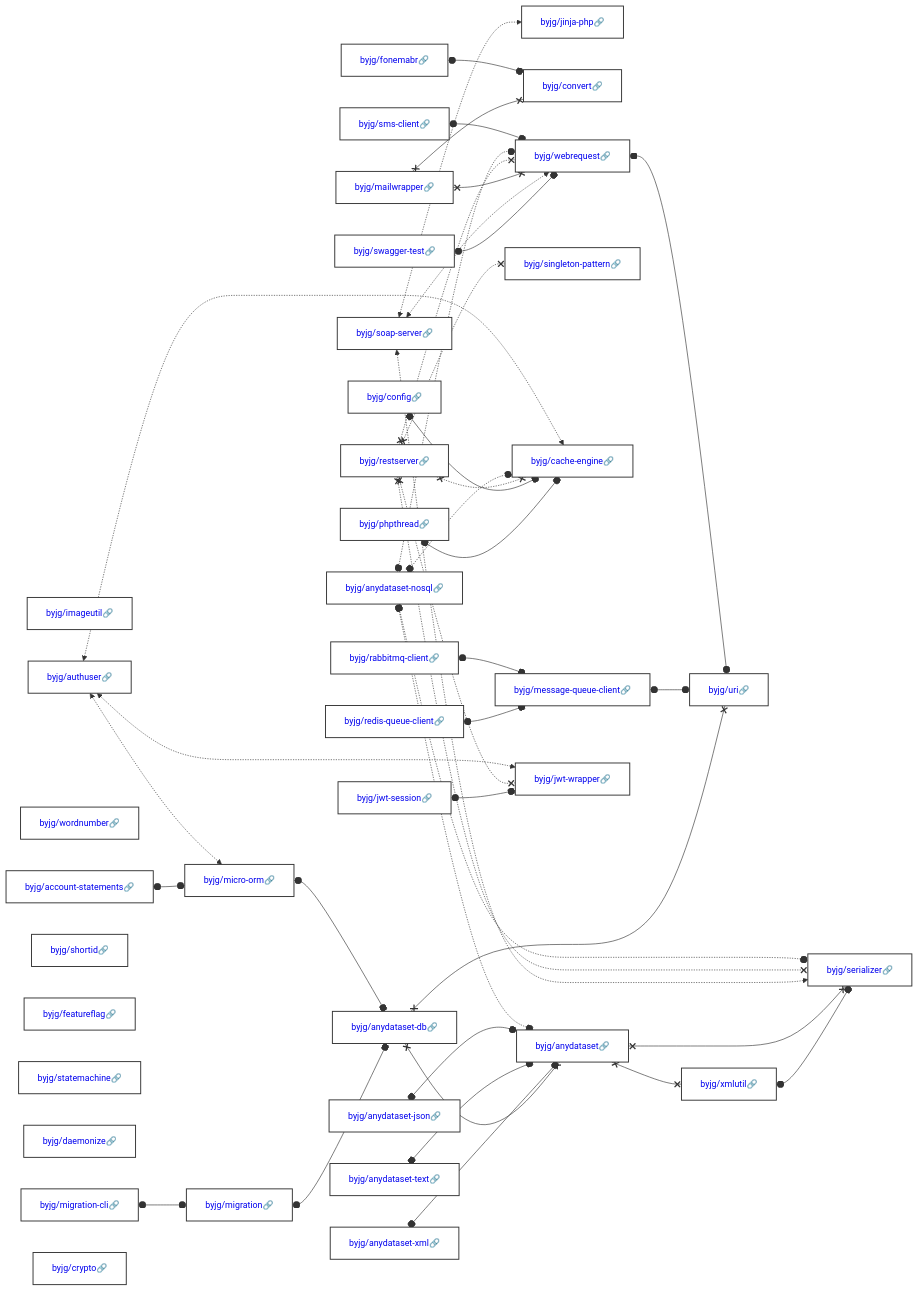
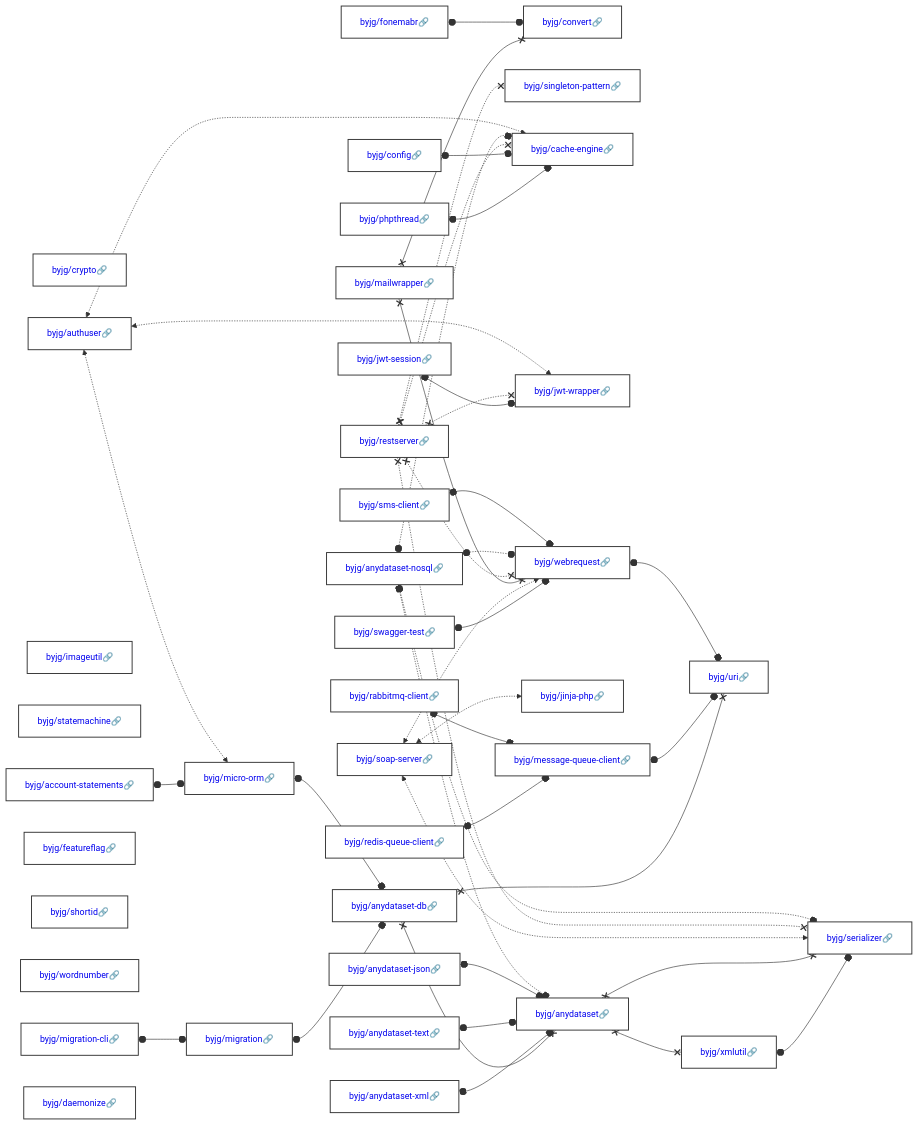
Before and after one commit to byjg/byjg.github.io: the diagram in docs/php/README.md, drawn with Mermaid. The commit also changed other lines of this file and 11 other files, not shown here.

````diff
--- a/docs/php/README.md
+++ b/docs/php/README.md
@@ -3,39 +3,39 @@
 ```mermaid
 graph LR;
+  byjg/fonemabr[<a href='https://opensource.byjg.com/docs/php/fonemabr' style='text-decoration:none'>byjg/fonemabr🔗</a>];
+  byjg/rabbitmq-client[<a href='https://opensource.byjg.com/docs/php/rabbitmq-client' style='text-decoration:none'>byjg/rabbitmq-client🔗</a>];
+  byjg/anydataset-text[<a href='https://opensource.byjg.com/docs/php/anydataset-text' style='text-decoration:none'>byjg/anydataset-text🔗</a>];
+  byjg/crypto[<a href='https://opensource.byjg.com/docs/php/crypto' style='text-decoration:none'>byjg/crypto🔗</a>];
+  byjg/authuser[<a href='https://opensource.byjg.com/docs/php/authuser' style='text-decoration:none'>byjg/authuser🔗</a>];
+  byjg/anydataset-nosql[<a href='https://opensource.byjg.com/docs/php/anydataset-nosql' style='text-decoration:none'>byjg/anydataset-nosql🔗</a>];
   byjg/imageutil[<a href='https://opensource.byjg.com/docs/php/imageutil' style='text-decoration:none'>byjg/imageutil🔗</a>];
-  byjg/account-statements[<a href='https://opensource.byjg.com/docs/php/account-statements' style='text-decoration:none'>byjg/account-statements🔗</a>];
-  byjg/wordnumber[<a href='https://opensource.byjg.com/docs/php/wordnumber' style='text-decoration:none'>byjg/wordnumber🔗</a>];
-  byjg/soap-server[<a href='https://opensource.byjg.com/docs/php/soap-server' style='text-decoration:none'>byjg/soap-server🔗</a>];
-  byjg/jwt-session[<a href='https://opensource.byjg.com/docs/php/jwt-session' style='text-decoration:none'>byjg/jwt-session🔗</a>];
-  byjg/anydataset-text[<a href='https://opensource.byjg.com/docs/php/anydataset-text' style='text-decoration:none'>byjg/anydataset-text🔗</a>];
-  byjg/config[<a href='https://opensource.byjg.com/docs/php/config' style='text-decoration:none'>byjg/config🔗</a>];
-  byjg/fonemabr[<a href='https://opensource.byjg.com/docs/php/fonemabr' style='text-decoration:none'>byjg/fonemabr🔗</a>];
-  byjg/migration-cli[<a href='https://opensource.byjg.com/docs/php/migration-cli' style='text-decoration:none'>byjg/migration-cli🔗</a>];
-  byjg/redis-queue-client[<a href='https://opensource.byjg.com/docs/php/redis-queue-client' style='text-decoration:none'>byjg/redis-queue-client🔗</a>];
-  byjg/shortid[<a href='https://opensource.byjg.com/docs/php/shortid' style='text-decoration:none'>byjg/shortid🔗</a>];
-  byjg/featureflag[<a href='https://opensource.byjg.com/docs/php/featureflag' style='text-decoration:none'>byjg/featureflag🔗</a>];
   byjg/statemachine[<a href='https://opensource.byjg.com/docs/php/statemachine' style='text-decoration:none'>byjg/statemachine🔗</a>];
   byjg/mailwrapper[<a href='https://opensource.byjg.com/docs/php/mailwrapper' style='text-decoration:none'>byjg/mailwrapper🔗</a>];
+  byjg/anydataset-xml[<a href='https://opensource.byjg.com/docs/php/anydataset-xml' style='text-decoration:none'>byjg/anydataset-xml🔗</a>];
+  byjg/migration-cli[<a href='https://opensource.byjg.com/docs/php/migration-cli' style='text-decoration:none'>byjg/migration-cli🔗</a>];
+  byjg/featureflag[<a href='https://opensource.byjg.com/docs/php/featureflag' style='text-decoration:none'>byjg/featureflag🔗</a>];
+  byjg/shortid[<a href='https://opensource.byjg.com/docs/php/shortid' style='text-decoration:none'>byjg/shortid🔗</a>];
+  byjg/wordnumber[<a href='https://opensource.byjg.com/docs/php/wordnumber' style='text-decoration:none'>byjg/wordnumber🔗</a>];
   byjg/swagger-test[<a href='https://opensource.byjg.com/docs/php/swagger-test' style='text-decoration:none'>byjg/swagger-test🔗</a>];
+  byjg/config[<a href='https://opensource.byjg.com/docs/php/config' style='text-decoration:none'>byjg/config🔗</a>];
+  byjg/sms-client[<a href='https://opensource.byjg.com/docs/php/sms-client' style='text-decoration:none'>byjg/sms-client🔗</a>];
+  byjg/jwt-session[<a href='https://opensource.byjg.com/docs/php/jwt-session' style='text-decoration:none'>byjg/jwt-session🔗</a>];
+  byjg/phpthread[<a href='https://opensource.byjg.com/docs/php/phpthread' style='text-decoration:none'>byjg/phpthread🔗</a>];
+  byjg/account-statements[<a href='https://opensource.byjg.com/docs/php/account-statements' style='text-decoration:none'>byjg/account-statements🔗</a>];
   byjg/daemonize[<a href='https://opensource.byjg.com/docs/php/daemonize' style='text-decoration:none'>byjg/daemonize🔗</a>];
-  byjg/authuser[<a href='https://opensource.byjg.com/docs/php/authuser' style='text-decoration:none'>byjg/authuser🔗</a>];
-  byjg/phpthread[<a href='https://opensource.byjg.com/docs/php/phpthread' style='text-decoration:none'>byjg/phpthread🔗</a>];
-  byjg/rabbitmq-client[<a href='https://opensource.byjg.com/docs/php/rabbitmq-client' style='text-decoration:none'>byjg/rabbitmq-client🔗</a>];
-  byjg/sms-client[<a href='https://opensource.byjg.com/docs/php/sms-client' style='text-decoration:none'>byjg/sms-client🔗</a>];
-  byjg/anydataset-xml[<a href='https://opensource.byjg.com/docs/php/anydataset-xml' style='text-decoration:none'>byjg/anydataset-xml🔗</a>];
+  byjg/restserver[<a href='https://opensource.byjg.com/docs/php/restserver' style='text-decoration:none'>byjg/restserver🔗</a>];
   byjg/anydataset-json[<a href='https://opensource.byjg.com/docs/php/anydataset-json' style='text-decoration:none'>byjg/anydataset-json🔗</a>];
-  byjg/anydataset-nosql[<a href='https://opensource.byjg.com/docs/php/anydataset-nosql' style='text-decoration:none'>byjg/anydataset-nosql🔗</a>];
-  byjg/crypto[<a href='https://opensource.byjg.com/docs/php/crypto' style='text-decoration:none'>byjg/crypto🔗</a>];
-  byjg/restserver[<a href='https://opensource.byjg.com/docs/php/restserver' style='text-decoration:none'>byjg/restserver🔗</a>];
-  byjg/jinja-php[<a href='https://opensource.byjg.com/docs/php/jinja-php' style='text-decoration:none'>byjg/jinja-php🔗</a>];
+  byjg/redis-queue-client[<a href='https://opensource.byjg.com/docs/php/redis-queue-client' style='text-decoration:none'>byjg/redis-queue-client🔗</a>];
+  byjg/soap-server[<a href='https://opensource.byjg.com/docs/php/soap-server' style='text-decoration:none'>byjg/soap-server🔗</a>];
+  byjg/convert[<a href='https://opensource.byjg.com/docs/php/convert' style='text-decoration:none'>byjg/convert🔗</a>];
   byjg/migration[<a href='https://opensource.byjg.com/docs/php/migration' style='text-decoration:none'>byjg/migration🔗</a>];
-  byjg/convert[<a href='https://opensource.byjg.com/docs/php/convert' style='text-decoration:none'>byjg/convert🔗</a>];
   byjg/micro-orm[<a href='https://opensource.byjg.com/docs/php/micro-orm' style='text-decoration:none'>byjg/micro-orm🔗</a>];
-  byjg/message-queue-client[<a href='https://opensource.byjg.com/docs/php/message-queue-client' style='text-decoration:none'>byjg/message-queue-client🔗</a>];
   byjg/singleton-pattern[<a href='https://opensource.byjg.com/docs/php/singleton-pattern' style='text-decoration:none'>byjg/singleton-pattern🔗</a>];
   byjg/cache-engine[<a href='https://opensource.byjg.com/docs/php/cache-engine' style='text-decoration:none'>byjg/cache-engine🔗</a>];
+  byjg/jwt-wrapper[<a href='https://opensource.byjg.com/docs/php/jwt-wrapper' style='text-decoration:none'>byjg/jwt-wrapper🔗</a>];
+  byjg/message-queue-client[<a href='https://opensource.byjg.com/docs/php/message-queue-client' style='text-decoration:none'>byjg/message-queue-client🔗</a>];
+  byjg/jinja-php[<a href='https://opensource.byjg.com/docs/php/jinja-php' style='text-decoration:none'>byjg/jinja-php🔗</a>];
   byjg/webrequest[<a href='https://opensource.byjg.com/docs/php/webrequest' style='text-decoration:none'>byjg/webrequest🔗</a>];
-  byjg/jwt-wrapper[<a href='https://opensource.byjg.com/docs/php/jwt-wrapper' style='text-decoration:none'>byjg/jwt-wrapper🔗</a>];
   byjg/anydataset-db[<a href='https://opensource.byjg.com/docs/php/anydataset-db' style='text-decoration:none'>byjg/anydataset-db🔗</a>];
   byjg/anydataset[<a href='https://opensource.byjg.com/docs/php/anydataset' style='text-decoration:none'>byjg/anydataset🔗</a>];
   byjg/uri[<a href='https://opensource.byjg.com/docs/php/uri' style='text-decoration:none'>byjg/uri🔗</a>];
````
